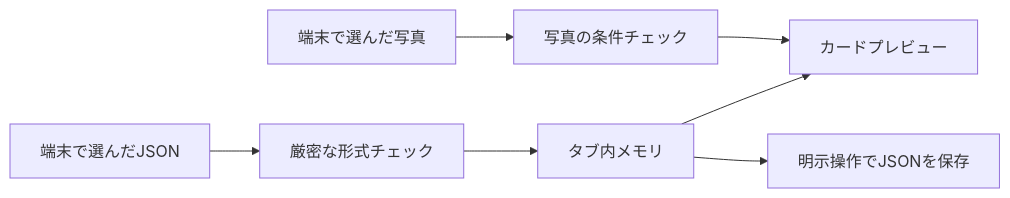
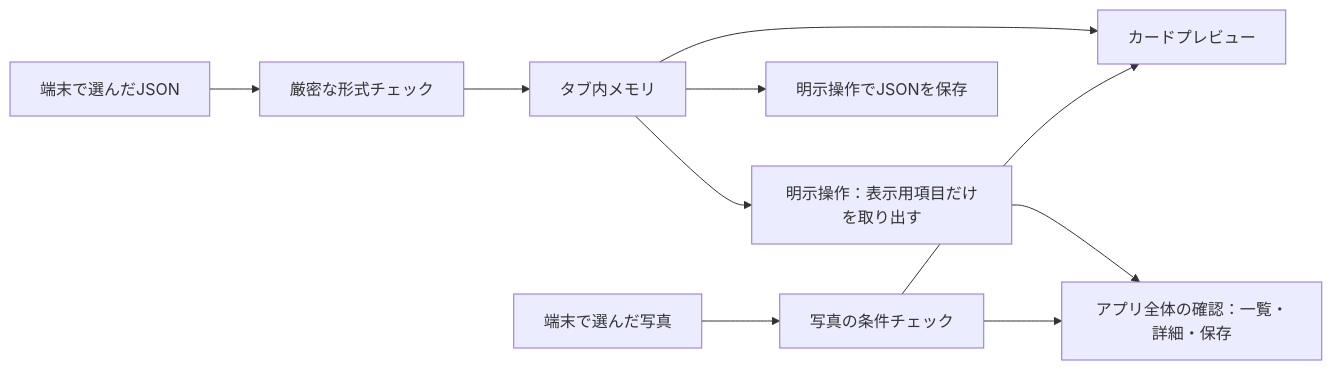
The diagram in docs/CONTENT_REVIEW.md (Greek-Academy/Let-s-go-anywhere), drawn with Mermaid before and after one commit. The commit also changed other lines of this file and 27 other files, not shown here.

Commit message:
feat: preview edited content in isolated app flows

````diff
--- a/docs/CONTENT_REVIEW.md
+++ b/docs/CONTENT_REVIEW.md
@@ -63,9 +70,12 @@
 ```mermaid
 flowchart LR
   J["端末で選んだJSON"] --> P["厳密な形式チェック"]
   P --> M["タブ内メモリ"]
   M --> V["カードプレビュー"]
+  M --> W["明示操作：表示用項目だけを取り出す"]
+  W --> A["アプリ全体の確認：一覧・詳細・保存"]
   M --> D["明示操作でJSONを保存"]
   F["端末で選んだ写真"] --> C["写真の条件チェック"]
   C --> V
+  C --> A
 ```
````
